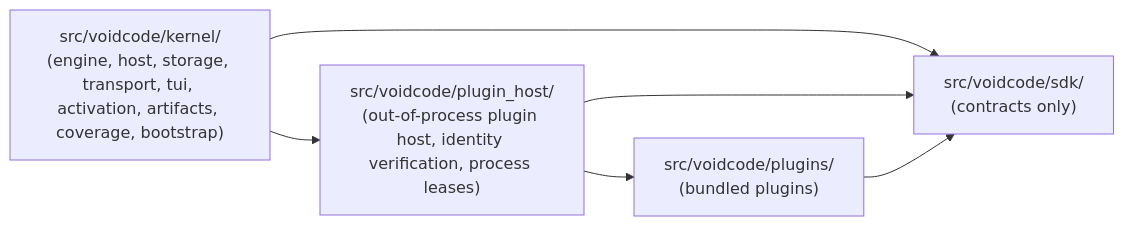
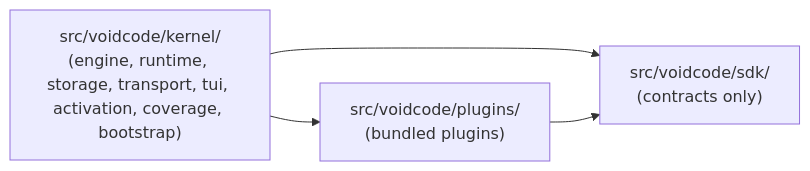
The diagram in AGENTS.md (lei-jia-xing/voidcode), drawn with Mermaid before and after one commit. The commit also changed other lines of this file and 199 other files, not shown here.

Commit message:
refactor!: run plugins in process without trust machinery

````diff
--- a/AGENTS.md
+++ b/AGENTS.md
@@ -9,13 +9,10 @@
 ```mermaid
 graph LR
     SDK["src/voidcode/sdk/<br/>(contracts only)"]
-    Kernel["src/voidcode/kernel/<br/>(engine, host, storage, transport, tui, activation, artifacts, coverage, bootstrap)"]
-    Host["src/voidcode/plugin_host/<br/>(out-of-process plugin host, identity verification, process leases)"]
+    Kernel["src/voidcode/kernel/<br/>(engine, runtime, storage, transport, tui, activation, coverage, bootstrap)"]
     Plugins["src/voidcode/plugins/<br/>(bundled plugins)"]
 
     Kernel --> SDK
-    Host --> SDK
     Plugins --> SDK
-    Kernel --> Host
-    Host --> Plugins
+    Kernel --> Plugins
 ```
````
